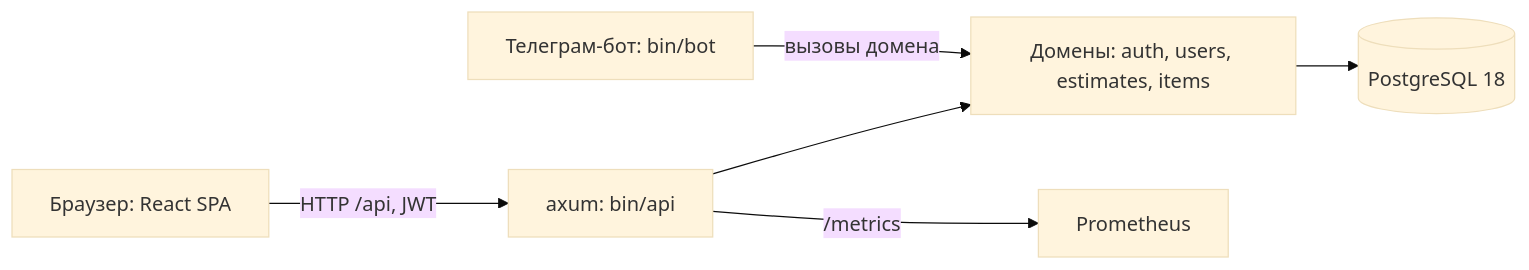
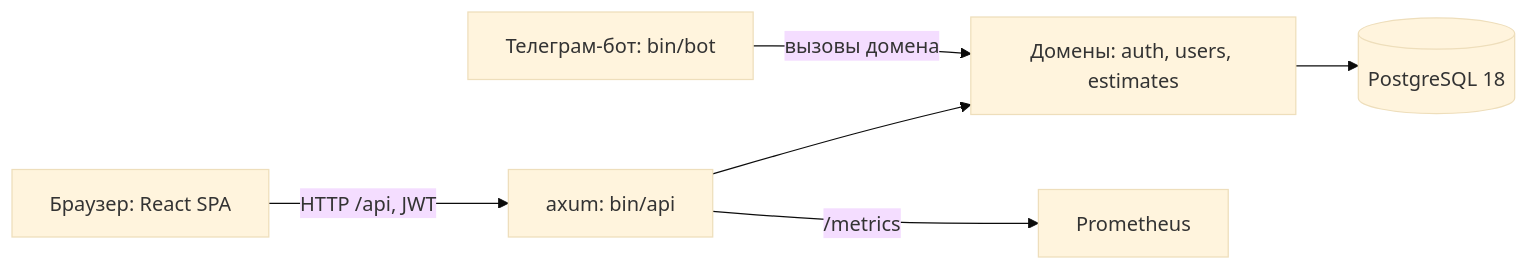
One commit to lonmstalker/smeta-check changed the diagram in docs/architecture.md. Above: the diagram before and after it, drawn with Mermaid (base theme). The commit also changed other lines of this file and 28 other files, not shown here.

````diff
--- a/docs/architecture.md
+++ b/docs/architecture.md
@@ -7,8 +7,8 @@
 ```mermaid
 flowchart LR
     Browser[Браузер: React SPA] -->|HTTP /api, JWT| API
     Bot[Телеграм-бот: bin/bot] -->|вызовы домена| Domain
-    API[axum: bin/api] --> Domain[Домены: auth, users, estimates, items]
+    API[axum: bin/api] --> Domain[Домены: auth, users, estimates]
     Domain --> PG[(PostgreSQL 18)]
     API -->|/metrics| Prom[Prometheus]
 ```
````
